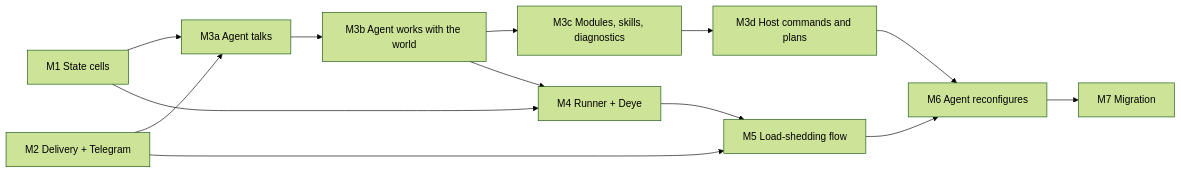
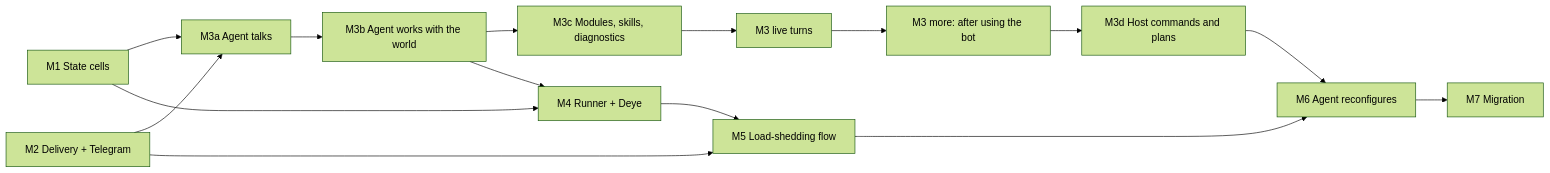
Before and after one commit to igorrius/ganglion: the diagram in docs/plans/p1-all-in-one.md, drawn with Mermaid (forest theme). The commit also changed other lines of this file and 16 other files, not shown here.

````diff
--- a/docs/plans/p1-all-in-one.md
+++ b/docs/plans/p1-all-in-one.md
@@ -90,15 +91,17 @@
 ```mermaid
 flowchart LR
     M1["M1 State cells"] --> M3["M3a Agent talks"]
     M2["M2 Delivery + Telegram"] --> M3
     M3 --> M3B["M3b Agent works with the world"]
     M3B --> M3C["M3c Modules, skills, diagnostics"]
+    M3C --> M3L["M3 live turns"]
+    M3L --> M3M["M3 more: after using the bot"]
     M1 --> M4["M4 Runner + Deye"]
     M3B --> M4
     M4 --> M5["M5 Load-shedding flow"]
     M2 --> M5
-    M3C --> M3D["M3d Host commands and plans"]
+    M3M --> M3D["M3d Host commands and plans"]
     M3D --> M6["M6 Agent reconfigures"]
     M5 --> M6
     M6 --> M7["M7 Migration"]
 ```
````
